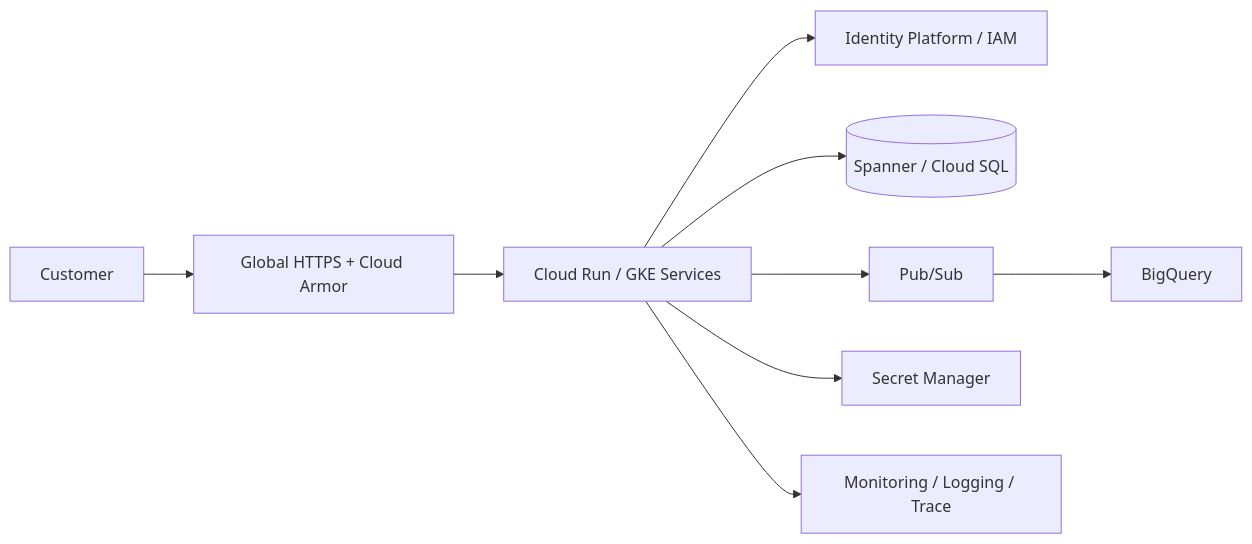
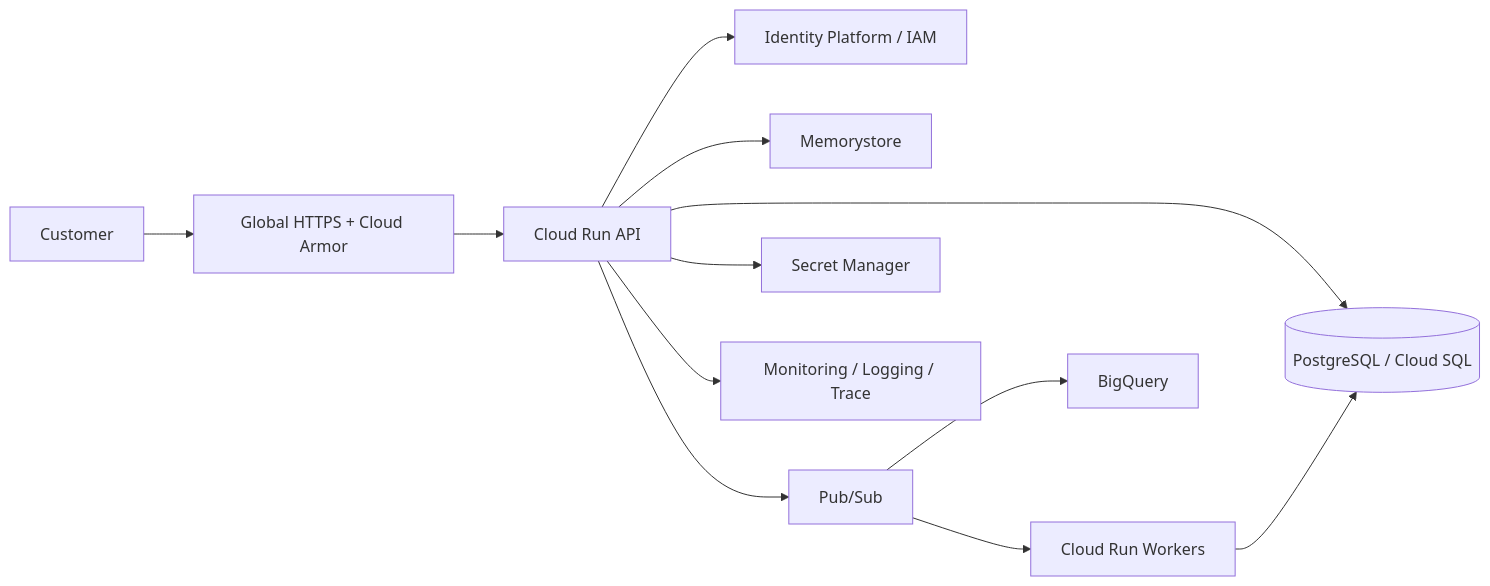
Before and after one commit to Bolarinwaab/securebank-online-banking-portal: the diagram in README.md, drawn with Mermaid. The commit also changed other lines of this file, not shown here.

Commit message:
docs: make PostgreSQL runtime the main project implementation

````diff
--- a/README.md
+++ b/README.md
@@ -58,11 +65,14 @@
 ```mermaid
 flowchart LR
  User[Customer] --> Edge[Global HTTPS + Cloud Armor]
- Edge --> App[Cloud Run / GKE Services]
+ Edge --> App[Cloud Run API]
  App --> Auth[Identity Platform / IAM]
- App --> Tx[(Spanner / Cloud SQL)]
+ App --> PG[(PostgreSQL / Cloud SQL)]
+ App --> Cache[Memorystore]
  App --> Events[Pub/Sub]
+ Events --> Workers[Cloud Run Workers]
+ Workers --> PG
  Events --> Analytics[BigQuery]
  App --> Secrets[Secret Manager]
  App --> Obs[Monitoring / Logging / Trace]
 ```
````
